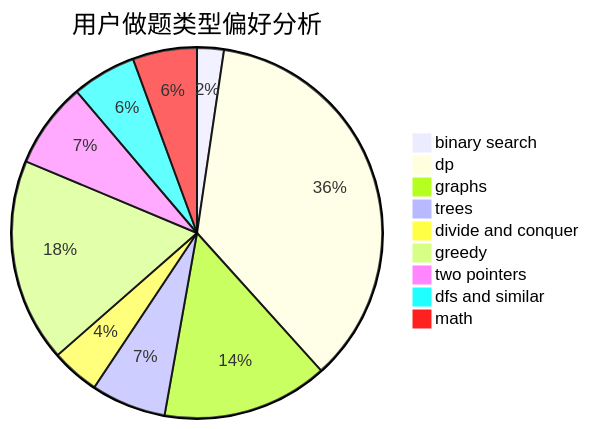
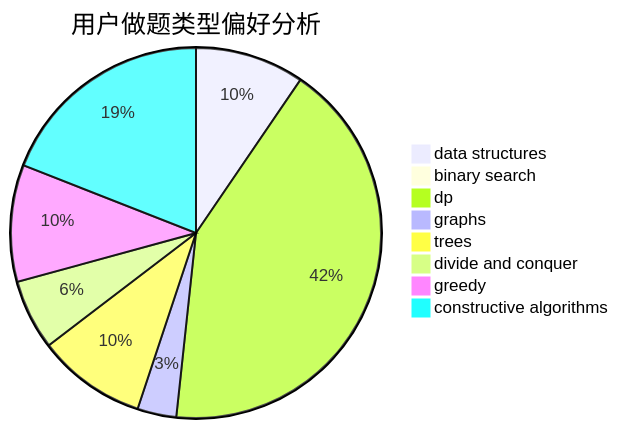
Before and after one commit to sherpahu/cfrs.github.io: the second of 3 diagrams in docs/user/u2692.md, drawn with Mermaid. The commit also changed other lines of this file and 2775 other files, not shown here.

````diff
--- a/docs/user/u2692.md
+++ b/docs/user/u2692.md
@@ -23,12 +23,11 @@
 ```mermaid
 pie title 用户做题类型偏好分析
-    "binary search" :  5
-    "dp" :  77
-    "graphs" :  31
+    "data structures" :  14
+    "binary search" :  0
+    "dp" :  62
+    "graphs" :  5
     "trees" :  14
     "divide and conquer" :  9
-    "greedy" :  38
-    "two pointers" :  16
-    "dfs and similar" :  12
-    "math" :  12
+    "greedy" :  15
+    "constructive algorithms" :  28
 ```
````
